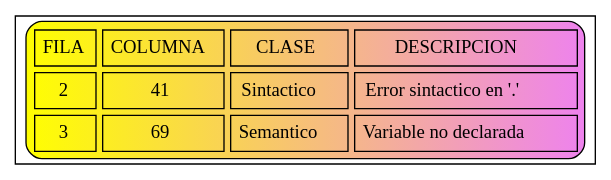
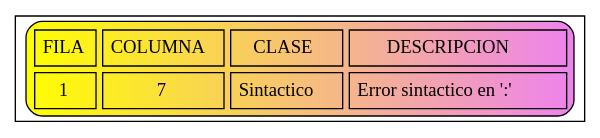
Before and after one commit to JoseMore99/OLC2_P1_201701015: the diagram in Errores.dot, drawn with Graphviz. The commit also changed 11 other files, not shown here.

```diff
--- a/Errores.dot
+++ b/Errores.dot
@@ -1,8 +1,7 @@
 digraph G{
 node [shape=record];
 a0 [label=<<TABLE border="1" cellspacing="5" cellpadding="5" style="rounded" bgcolor="yellow:violet">
 "<TR><TD>FILA</TD><TD>COLUMNA</TD><TD>CLASE</TD><TD>DESCRIPCION</TD></TR>
-<TR><TD>2</TD><TD>41</TD><TD>Sintactico</TD><TD>Error sintactico en '.'</TD></TR>
-<TR><TD>3</TD><TD>69</TD><TD>Semantico</TD><TD>Variable no declarada</TD></TR>
+<TR><TD>1</TD><TD>7</TD><TD>Sintactico</TD><TD>Error sintactico en ':'</TD></TR>
 </TABLE>>];
 }
```
